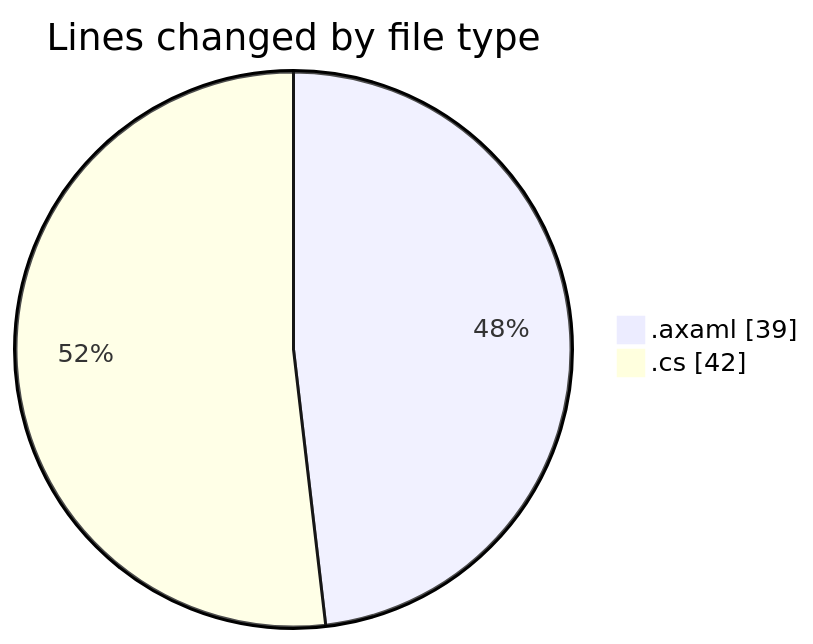
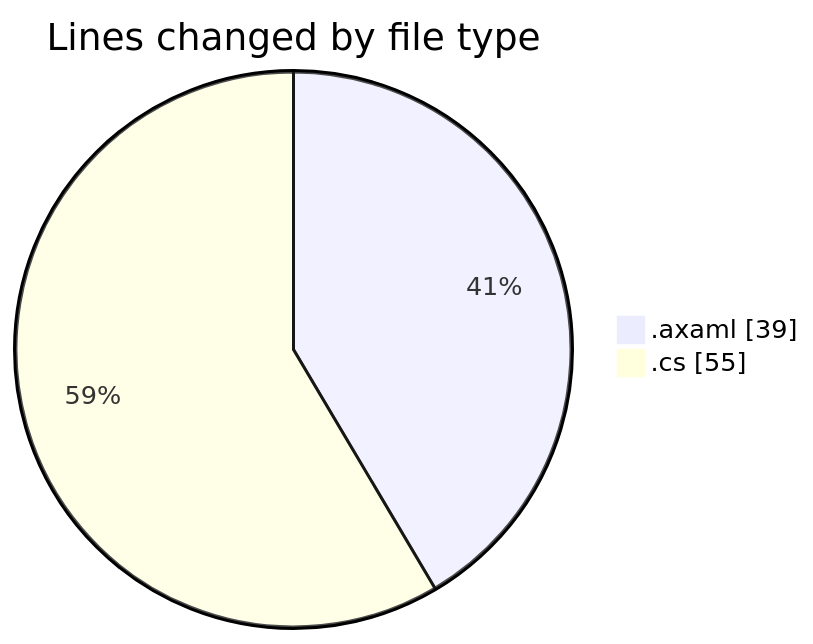
The first of 2 diagrams in 2025-10-16/skintrack/README.md (Netris89/code-tracking), drawn with Mermaid before and after one commit. The commit also changed other lines of this file and 1 other file, not shown here.

````diff
--- a/2025-10-16/skintrack/README.md
+++ b/2025-10-16/skintrack/README.md
@@ -23,6 +24,6 @@
 ```mermaid
 pie showData
 title Lines changed by file type
 ".axaml" : 39
-".cs" : 42
+".cs" : 55
 ```
````
